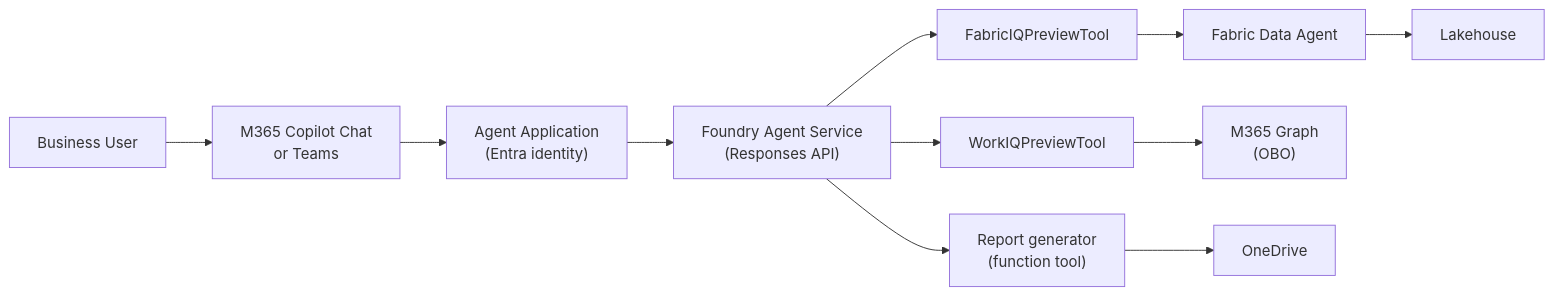
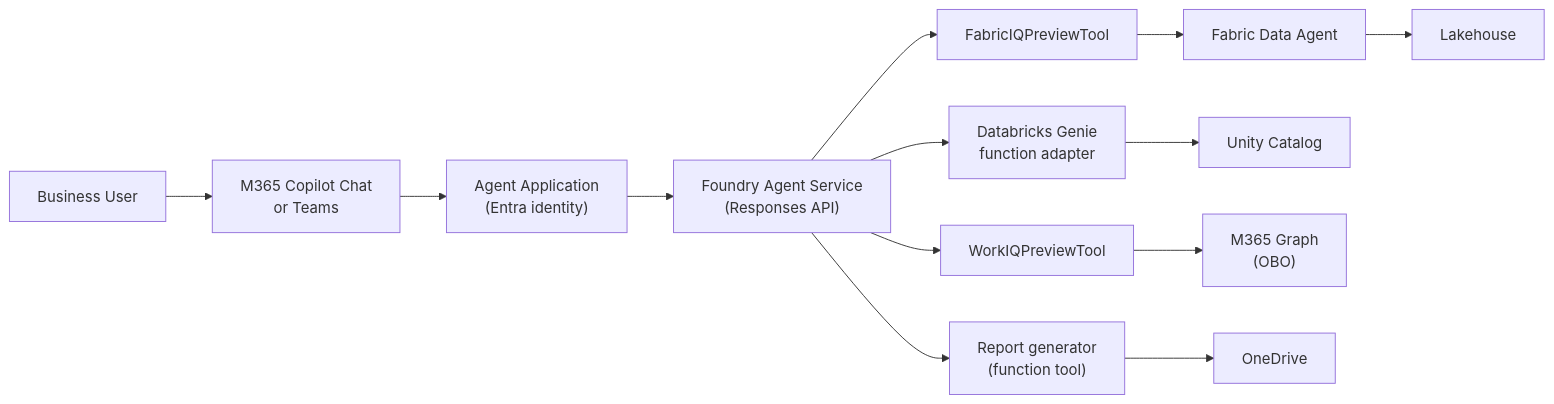
Before and after one commit to ericchansen/agent-demo-dev: the first of 2 diagrams in website/docs/architecture/foundry-surface.md, drawn with Mermaid. The commit also changed other lines of this file and 24 other files, not shown here.

````diff
--- a/website/docs/architecture/foundry-surface.md
+++ b/website/docs/architecture/foundry-surface.md
@@ -12,13 +12,15 @@
 ```mermaid
 flowchart LR
     User["Business User"] --> M365["M365 Copilot Chat\nor Teams"]
     M365 --> App["Agent Application\n(Entra identity)"]
     App --> Foundry["Foundry Agent Service\n(Responses API)"]
     Foundry --> FIQ["FabricIQPreviewTool"]
+    Foundry --> DBX["Databricks Genie\nfunction adapter"]
     Foundry --> WIQT["WorkIQPreviewTool"]
     Foundry --> Func["Report generator\n(function tool)"]
     FIQ --> DA["Fabric Data Agent"]
     DA --> LH["Lakehouse"]
+    DBX --> UC["Unity Catalog"]
     WIQT --> Graph["M365 Graph\n(OBO)"]
     Func --> OD["OneDrive"]
 ```
````
